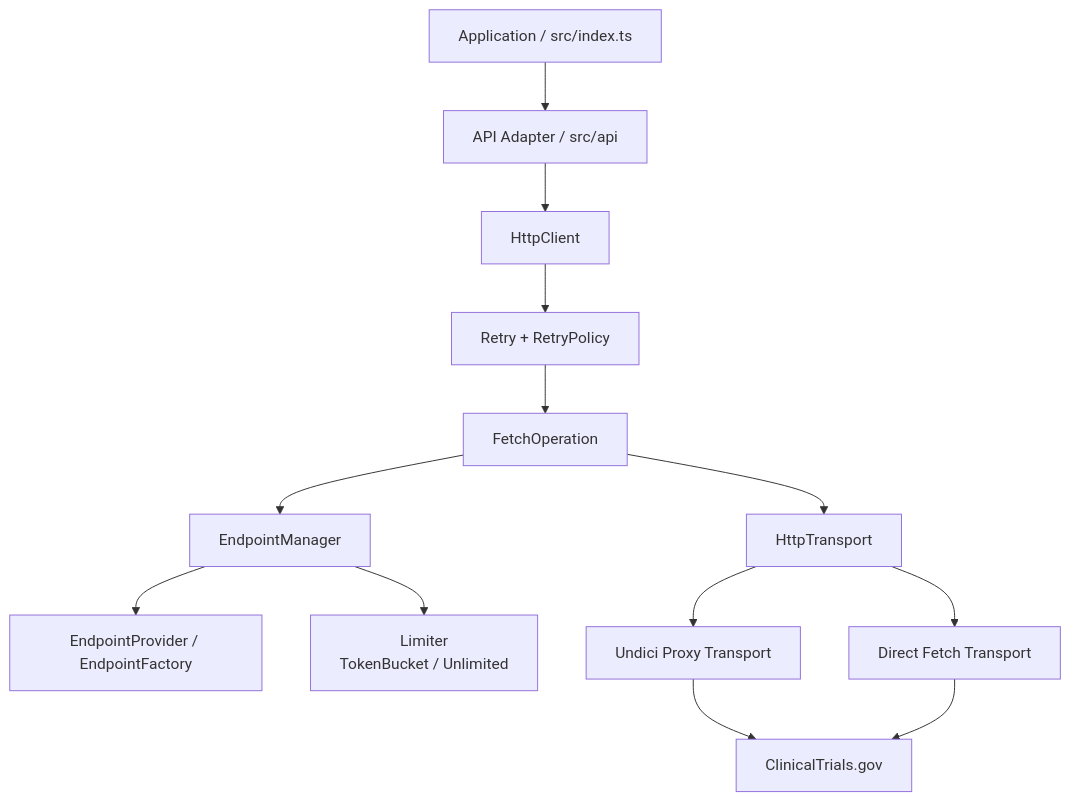
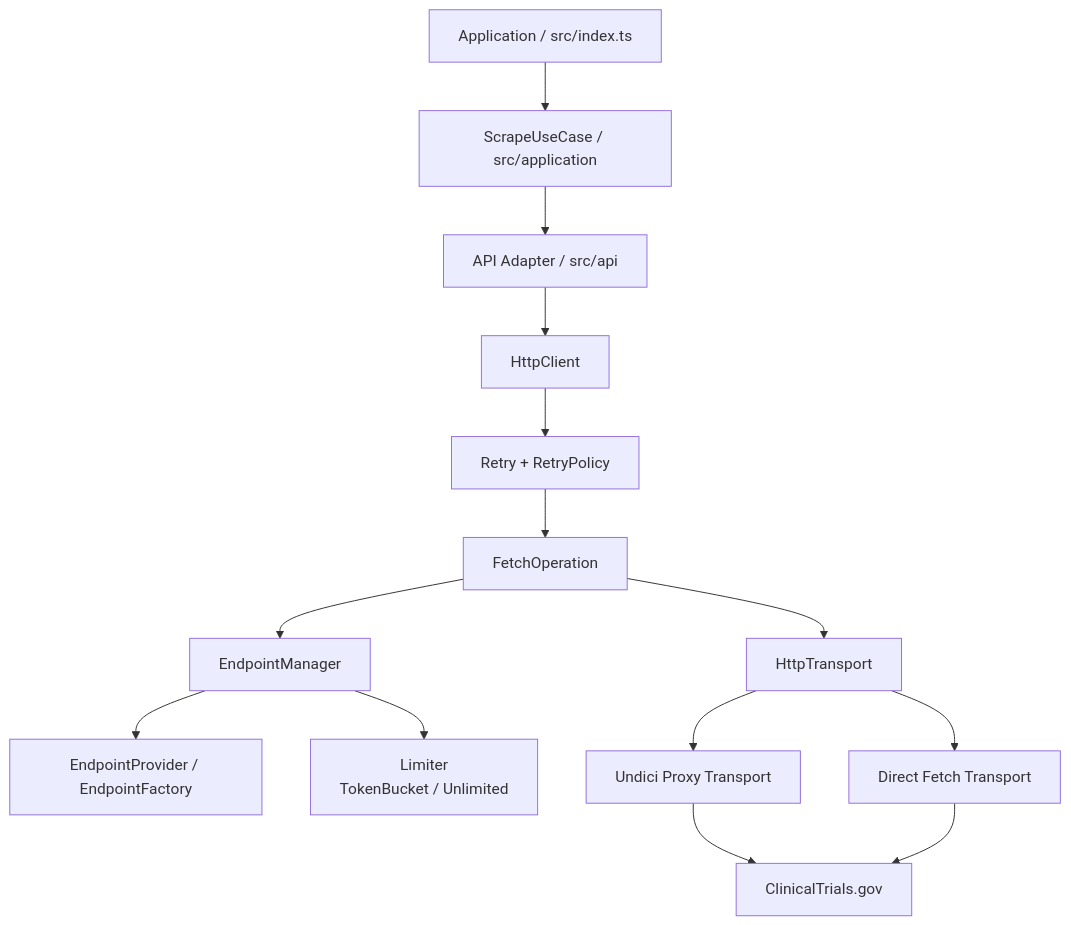
Before and after one commit to Snoke19/ctgov-history-sync: the second of 9 diagrams in README.md, drawn with Mermaid. The commit also changed other lines of this file, not shown here.

Commit message:
docs: update README to match current architecture

````diff
--- a/README.md
+++ b/README.md
@@ -57,28 +60,30 @@
 ```mermaid
 flowchart TB
     APP[Application / src/index.ts]
+    UC[ScrapeUseCase / src/application]
     API[API Adapter / src/api]
     HC[HttpClient]
     RETRY[Retry + RetryPolicy]
     FO[FetchOperation]
     EM[EndpointManager]
     EP[EndpointProvider / EndpointFactory]
     LIM[Limiter<br/>TokenBucket / Unlimited]
     TRANS[HttpTransport]
     UNDICI[Undici Proxy Transport]
     DIRECT[Direct Fetch Transport]
     CTG[ClinicalTrials.gov]
 
-    APP --> API
+    APP --> UC
+    UC --> API
     API --> HC
     HC --> RETRY
     RETRY --> FO
     FO --> EM
     EM --> EP
     EM --> LIM
     FO --> TRANS
     TRANS --> UNDICI
     TRANS --> DIRECT
     UNDICI --> CTG
     DIRECT --> CTG
 ```
````
